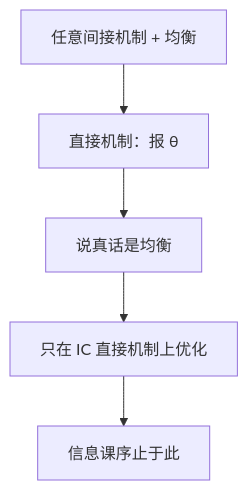
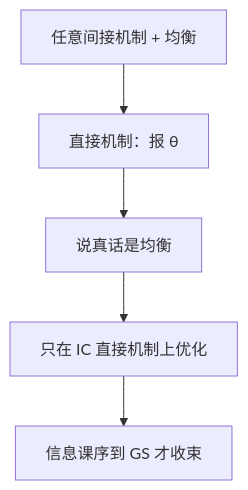
Before and after one commit to xhongduo-tech/xhongduo-tech.github.io: the first of 2 diagrams in docs/econ/revelation-principle.md, drawn with Mermaid. The commit also changed other lines of this file and 1 other file, not shown here.

````diff
--- a/docs/econ/revelation-principle.md
+++ b/docs/econ/revelation-principle.md
@@ -40,7 +40,7 @@
 ```mermaid
 flowchart TD
   IND["任意间接机制 + 均衡"] --> DIR["直接机制：报 θ"]
   DIR --> TT["说真话是均衡"]
   TT --> OPT["只在 IC 直接机制上优化"]
-  OPT --> STOP["信息课序止于此"]
+  OPT --> STOP["信息课序到 GS 才收束"]
 ```
````
